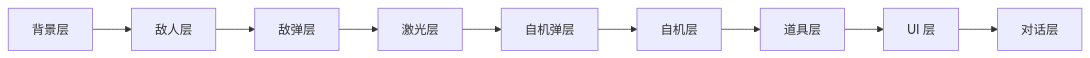
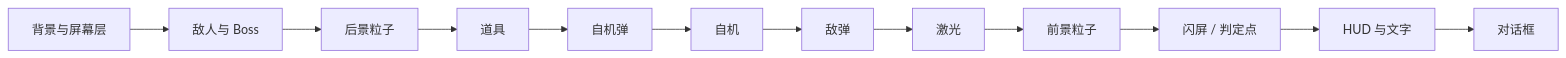
The fifth of 6 diagrams in docs/architecture.md (qwqpap/PythonSTG), drawn with Mermaid before and after one commit. The commit also changed other lines of this file and 19 other files, not shown here.

````diff
--- a/docs/architecture.md
+++ b/docs/architecture.md
@@ -197,6 +146,7 @@
 ```mermaid
 flowchart LR
-    bg["背景层"] --> enemy["敌人层"] --> enemyBullet["敌弹层"] --> laser["激光层"]
-    laser --> playerShot["自机弹层"] --> player["自机层"] --> item["道具层"]
-    item --> ui["UI 层"] --> dialog["对话层"]
+    bg["背景与屏幕层"] --> enemy["敌人与 Boss"] --> particleBack["后景粒子"]
+    particleBack --> item["道具"] --> playerShot["自机弹"] --> player["自机"]
+    player --> enemyBullet["敌弹"] --> laser["激光"] --> particleFront["前景粒子"]
+    particleFront --> fx["闪屏 / 判定点"] --> ui["HUD 与文字"] --> dialog["对话框"]
 ```
````
